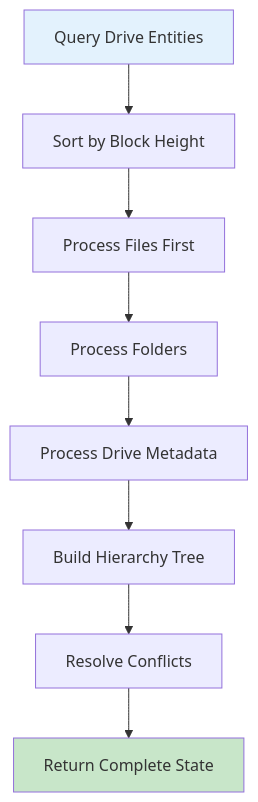
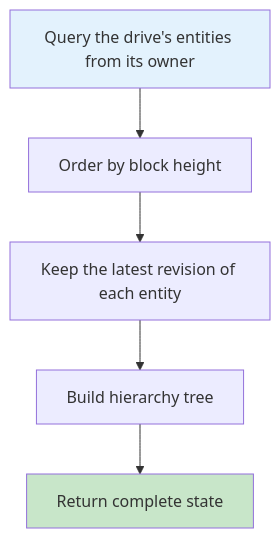
Before and after one commit to ar-io/docs: the first of 2 diagrams in content/build/advanced/arfs/reading-data.mdx, drawn with Mermaid. The commit also changed other lines of this file and 6 other files, not shown here.

````diff
--- a/content/build/advanced/arfs/reading-data.mdx
+++ b/content/build/advanced/arfs/reading-data.mdx
@@ -114,13 +149,10 @@
 ```mermaid
 graph TD
-    A[Query Drive Entities] --> B[Sort by Block Height]
-    B --> C[Process Files First]
-    C --> D[Process Folders]
-    D --> E[Process Drive Metadata]
-    E --> F[Build Hierarchy Tree]
-    F --> G[Resolve Conflicts]
-    G --> H[Return Complete State]
+    A[Query the drive's entities from its owner] --> B[Order by block height]
+    B --> C[Keep the latest revision of each entity]
+    C --> D[Build hierarchy tree]
+    D --> E[Return complete state]
 
     style A fill:#e3f2fd
-    style H fill:#c8e6c9
+    style E fill:#c8e6c9
 ```
````
